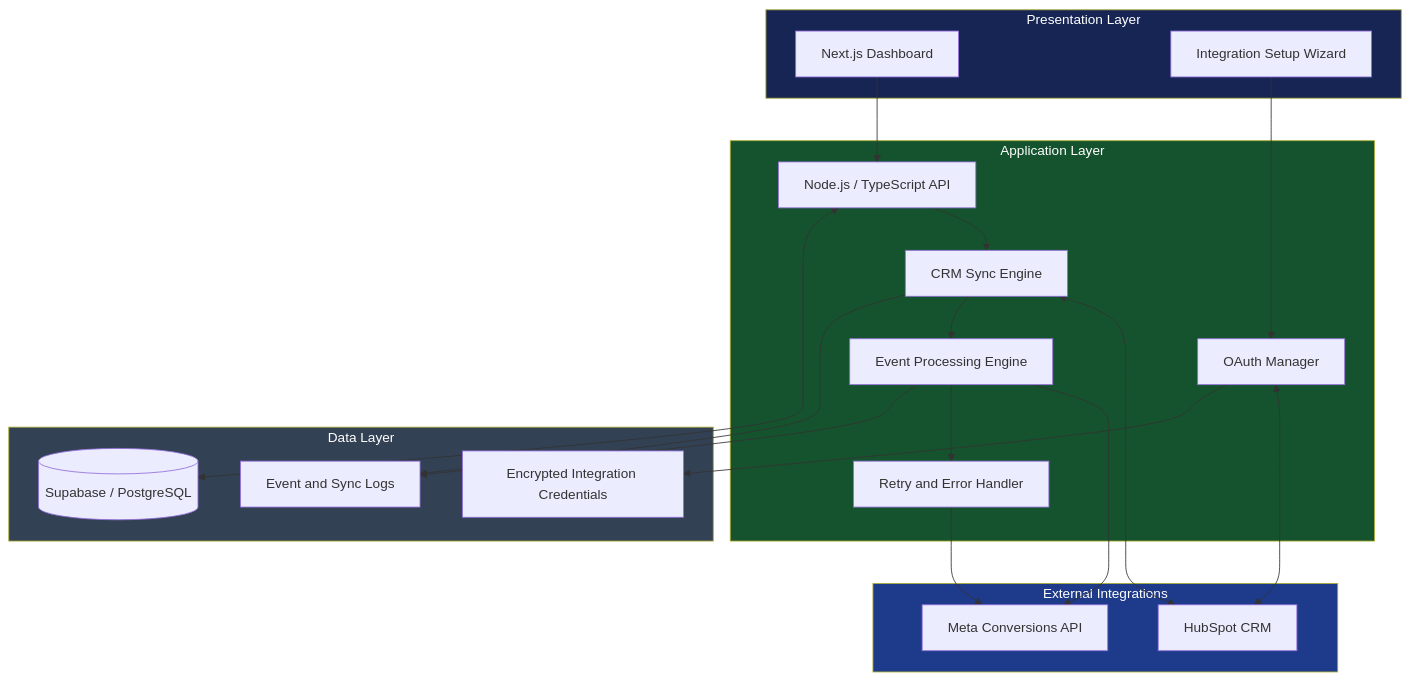
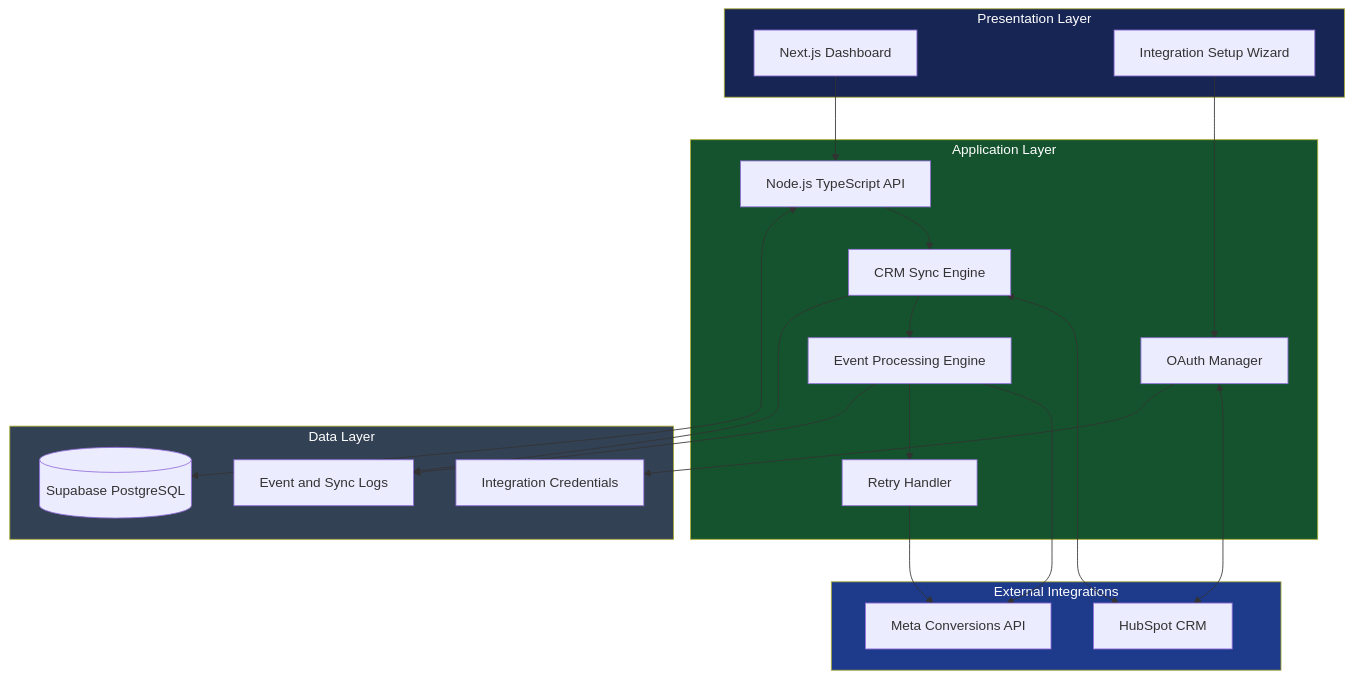
Before and after one commit to toyouin2000/signalbridge: the third of 6 diagrams in README.md, drawn with Mermaid. The commit also changed other lines of this file, not shown here.

````diff
--- a/README.md
+++ b/README.md
@@ -130,45 +162,45 @@
 ```mermaid
 flowchart TB
     subgraph CLIENT["Presentation Layer"]
         UI["Next.js Dashboard"]
         WIZARD["Integration Setup Wizard"]
     end
 
-    subgraph BACKEND["Application Layer"]
-        API["Node.js / TypeScript API"]
+    subgraph APP["Application Layer"]
+        API["Node.js TypeScript API"]
         AUTH["OAuth Manager"]
         SYNC["CRM Sync Engine"]
         EVENT["Event Processing Engine"]
-        RETRY["Retry and Error Handler"]
+        RETRY["Retry Handler"]
     end
 
     subgraph DATA["Data Layer"]
-        DB[("Supabase / PostgreSQL")]
+        DB[("Supabase PostgreSQL")]
         LOG["Event and Sync Logs"]
-        CRED["Encrypted Integration Credentials"]
+        CRED["Integration Credentials"]
     end
 
     subgraph EXTERNAL["External Integrations"]
         HUB["HubSpot CRM"]
         META["Meta Conversions API"]
     end
 
     UI --> API
     WIZARD --> AUTH
     AUTH <--> HUB
     API --> SYNC
     SYNC <--> HUB
     SYNC --> EVENT
     EVENT --> META
     EVENT --> RETRY
     RETRY --> META
     API <--> DB
     SYNC --> LOG
     EVENT --> LOG
     AUTH --> CRED
 
-    style CLIENT fill:#172554,color:#fff
-    style BACKEND fill:#14532d,color:#fff
-    style DATA fill:#334155,color:#fff
-    style EXTERNAL fill:#1e3a8a,color:#fff
+    style CLIENT fill:#172554,color:#ffffff
+    style APP fill:#14532d,color:#ffffff
+    style DATA fill:#334155,color:#ffffff
+    style EXTERNAL fill:#1e3a8a,color:#ffffff
 ```
````
